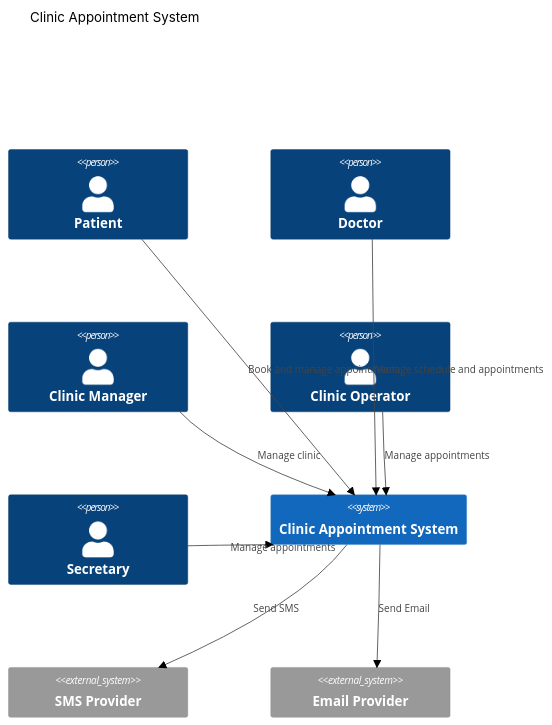
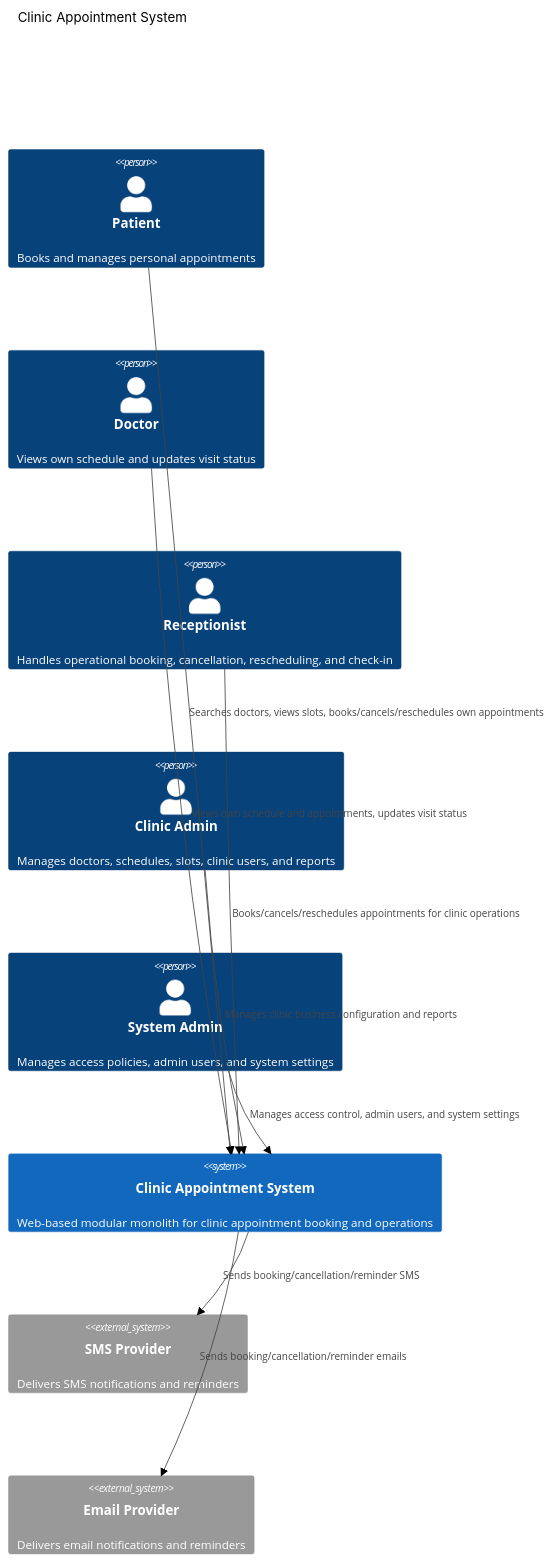
Before and after one commit to Amin3696/AIArchitecturBestPractice: the diagram in docs/architecture/c4models/01-system-context.md, drawn with Mermaid (neutral theme). The commit also changed other lines of this file and 1 other file, not shown here.

Commit message:
update c4 diagrams

````diff
--- a/docs/architecture/c4models/01-system-context.md
+++ b/docs/architecture/c4models/01-system-context.md
@@ -3,47 +3,24 @@
 ```mermaid
 C4Context
-
-  
-
 title Clinic Appointment System
 
-  
+Person(patient, "Patient", "Books and manages personal appointments")
+Person(doctor, "Doctor", "Views own schedule and updates visit status")
+Person(receptionist, "Receptionist", "Handles operational booking, cancellation, rescheduling, and check-in")
+Person(clinicAdmin, "Clinic Admin", "Manages doctors, schedules, slots, clinic users, and reports")
+Person(systemAdmin, "System Admin", "Manages access policies, admin users, and system settings")
 
-Person(patient, "Patient")
+System(system, "Clinic Appointment System", "Web-based modular monolith for clinic appointment booking and operations")
 
-Person(doctor, "Doctor")
+System_Ext(sms, "SMS Provider", "Delivers SMS notifications and reminders")
+System_Ext(email, "Email Provider", "Delivers email notifications and reminders")
 
-Person(manager, "Clinic Manager")
+Rel(patient, system, "Searches doctors, views slots, books/cancels/reschedules own appointments")
+Rel(doctor, system, "Views own schedule and appointments, updates visit status")
+Rel(receptionist, system, "Books/cancels/reschedules appointments for clinic operations")
+Rel(clinicAdmin, system, "Manages clinic business configuration and reports")
+Rel(systemAdmin, system, "Manages access control, admin users, and system settings")
 
-Person(operator, "Clinic Operator")
-
-Person(secretary, "Secretary")
-
-  
-
-System(system, "Clinic Appointment System")
-
-  
-
-System_Ext(sms, "SMS Provider")
-
-System_Ext(email, "Email Provider")
-
-  
-
-Rel(patient, system, "Book and manage appointments")
-
-Rel(doctor, system, "Manage schedule and appointments")
-
-Rel(manager, system, "Manage clinic")
-
-Rel(operator, system, "Manage appointments")
-
-Rel(secretary, system, "Manage appointments")
-
-  
-
-Rel(system, sms, "Send SMS")
-
-Rel(system, email, "Send Email")
+Rel(system, sms, "Sends booking/cancellation/reminder SMS")
+Rel(system, email, "Sends booking/cancellation/reminder emails")
 ```
````
